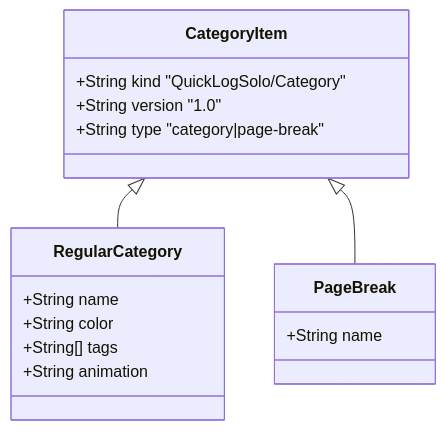
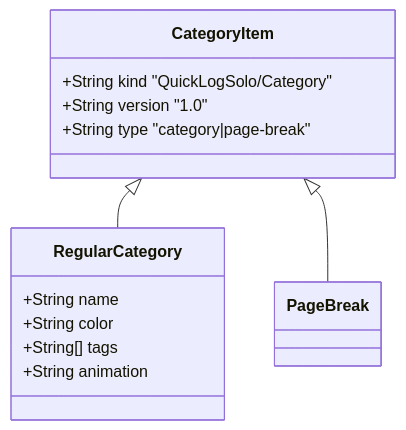
The third of 3 diagrams in docs/schema/README.md (masanori-satake/QuickLog-Solo), drawn with Mermaid before and after one commit. The commit also changed other lines of this file and 1 other file, not shown here.

First line of the commit message:
feat: forbid name property for page-break in category schema

````diff
--- a/docs/schema/README.md
+++ b/docs/schema/README.md
@@ -117,19 +117,18 @@
 ```mermaid
 classDiagram
     class CategoryItem {
         +String kind "QuickLogSolo/Category"
         +String version "1.0"
         +String type "category|page-break"
     }
     class RegularCategory {
         +String name
         +String color
         +String[] tags
         +String animation
     }
     class PageBreak {
-        +String name
     }
     CategoryItem <|-- RegularCategory
     CategoryItem <|-- PageBreak
 ```
````
